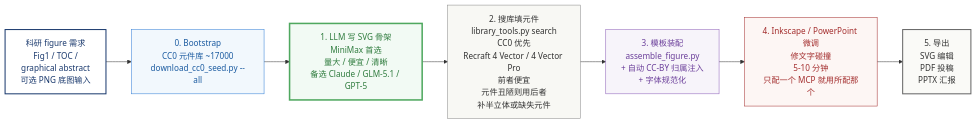
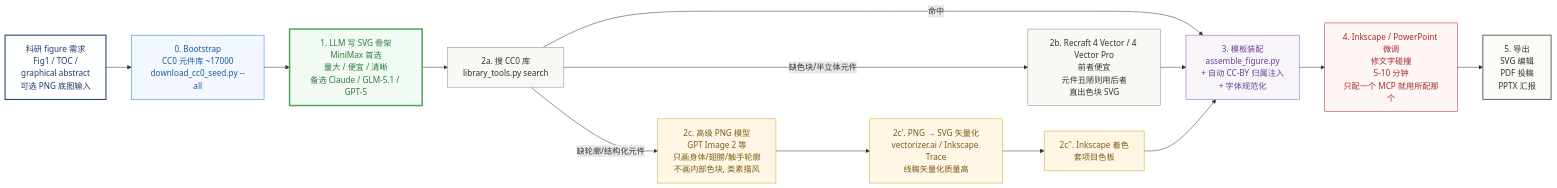
One commit to WuyangFF95/CC_icons changed the diagram in SKILL.md. Above: the diagram before and after it, drawn with Mermaid. The commit also changed other lines of this file, not shown here.

````diff
--- a/SKILL.md
+++ b/SKILL.md
@@ -40,17 +40,28 @@
 ```mermaid
 flowchart LR
     A[科研 figure 需求<br/>Fig1 / TOC /<br/>graphical abstract<br/>可选 PNG 底图输入] --> B[0. Bootstrap<br/>CC0 元件库 ~17000<br/>download_cc0_seed.py --all]
     B --> C[1. LLM 写 SVG 骨架<br/>MiniMax 首选<br/>量大 / 便宜 / 清晰<br/>备选 Claude / GLM-5.1 / GPT-5]
-    C --> D[2. 搜库填元件<br/>library_tools.py search<br/>CC0 优先<br/>Recraft 4 Vector / 4 Vector Pro<br/>前者便宜<br/>元件丑陋则用后者<br/>补半立体或缺失元件]
-    D --> E[3. 模板装配<br/>assemble_figure.py<br/>+ 自动 CC-BY 归属注入<br/>+ 字体规范化]
+    C --> D1[2a. 搜 CC0 库<br/>library_tools.py search]
+    D1 -->|命中| E
+    D1 -->|缺色块/半立体元件| D2[2b. Recraft 4 Vector / 4 Vector Pro<br/>前者便宜<br/>元件丑陋则用后者<br/>直出色块 SVG]
+    D1 -->|缺轮廓/结构化元件| D3[2c. 高级 PNG 模型<br/>GPT Image 2 等<br/>只画身体/翅膀/触手轮廓<br/>不画内部色块, 类素描风]
+    D3 --> D4[2c'. PNG → SVG 矢量化<br/>vectorizer.ai / Inkscape Trace<br/>线稿矢量化质量高]
+    D4 --> D5[2c''. Inkscape 着色<br/>套项目色板]
+    D2 --> E
+    D5 --> E
+    E[3. 模板装配<br/>assemble_figure.py<br/>+ 自动 CC-BY 归属注入<br/>+ 字体规范化]
     E --> F[4. Inkscape / PowerPoint 微调<br/>修文字碰撞<br/>5-10 分钟<br/>只配一个 MCP 就用所配那个]
     F --> G[5. 导出<br/>SVG 编辑<br/>PDF 投稿<br/>PPTX 汇报]
 
     style A fill:#FFFFFF,stroke:#1B3A6E,stroke-width:2px,color:#1B3A6E
     style B fill:#F2F8FD,stroke:#2E7CD6,color:#1B5BA0
     style C fill:#F2FAF4,stroke:#4FA85F,stroke-width:3px,color:#2E7B3D
-    style D fill:#F8F8F4,stroke:#888,color:#333
+    style D1 fill:#F8F8F4,stroke:#888,color:#333
+    style D2 fill:#F8F8F4,stroke:#888,color:#333
+    style D3 fill:#FFF6E5,stroke:#C8A431,color:#7A5D14
+    style D4 fill:#FFF6E5,stroke:#C8A431,color:#7A5D14
+    style D5 fill:#FFF6E5,stroke:#C8A431,color:#7A5D14
     style E fill:#F7F4FA,stroke:#8B5CB7,color:#6B3F9A
     style F fill:#FDF6F4,stroke:#A32D2D,color:#A32D2D
     style G fill:#FAFAF7,stroke:#666,stroke-width:2px,color:#333
 ```
````
